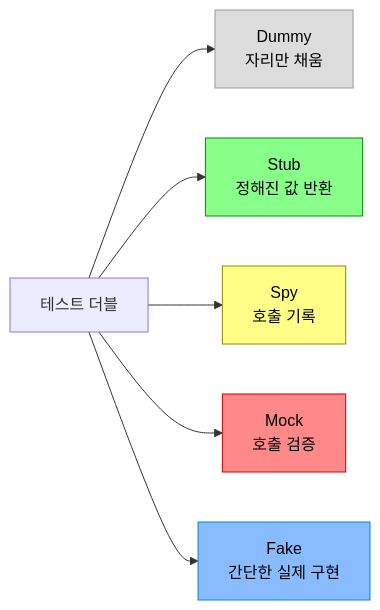
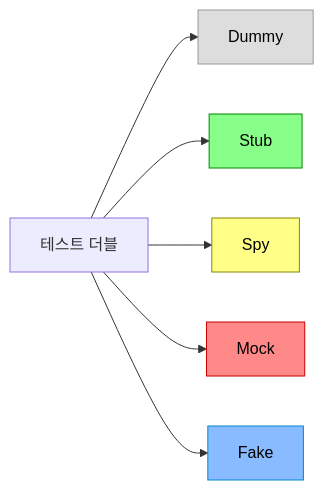
The first of 3 diagrams in _posts/test/2026-05-03-test-doubles.md (yjkim2015/yjkim2015.github.io), drawn with Mermaid before and after one commit. The commit also changed other lines of this file and 217 other files, not shown here.

First line of the commit message:
Mermaid 크기 수정: useMaxWidth:true + SVG max-width:100% + 라벨 축소

````diff
--- a/_posts/test/2026-05-03-test-doubles.md
+++ b/_posts/test/2026-05-03-test-doubles.md
@@ -20,14 +20,14 @@
 ```mermaid
 graph LR
     TD["테스트 더블"]
-    TD --> DM["Dummy\n자리만 채움"]
-    TD --> ST["Stub\n정해진 값 반환"]
-    TD --> SP["Spy\n호출 기록"]
-    TD --> MK["Mock\n호출 검증"]
-    TD --> FK["Fake\n간단한 실제 구현"]
+    TD --> DM["Dummy"]
+    TD --> ST["Stub"]
+    TD --> SP["Spy"]
+    TD --> MK["Mock"]
+    TD --> FK["Fake"]
     style DM fill:#ddd,stroke:#999,color:#000
     style ST fill:#8f8,stroke:#080,color:#000
     style SP fill:#ff8,stroke:#880,color:#000
     style MK fill:#f88,stroke:#c00,color:#000
     style FK fill:#8bf,stroke:#08c,color:#000
 ```
````
